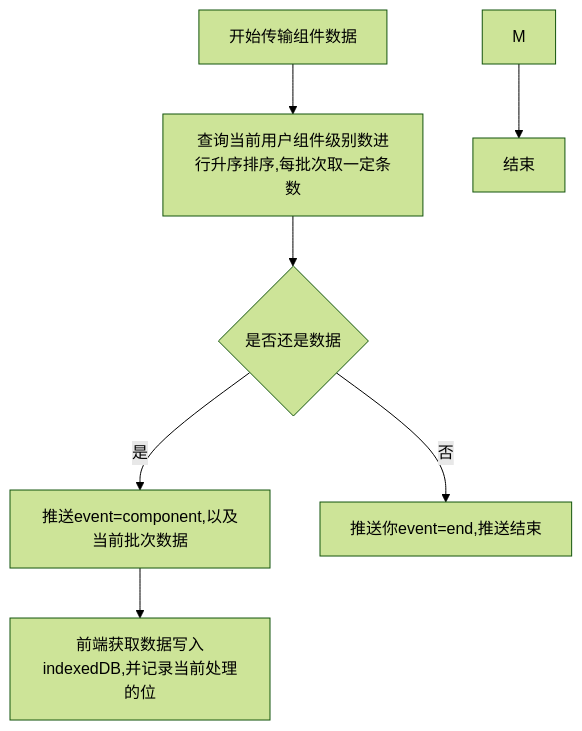
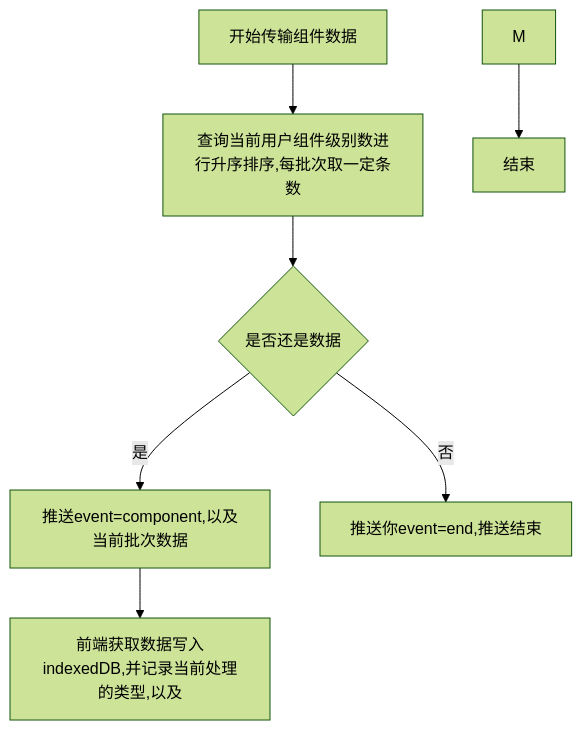
The diagram in all/未命名-59.md (yingjianzh/iodraw-files), drawn with Mermaid (forest theme) before and after one commit.

Commit message:
2025-05-14 15:26:31 update

````diff
--- a/all/未命名-59.md
+++ b/all/未命名-59.md
@@ -1,12 +1,12 @@
 ```mermaid
 flowchart TD
     A[开始传输组件数据] --> B[查询当前用户组件级别数进行升序排序,每批次取一定条数]
     B --> C{是否还是数据}
     C --> |是| D[推送event=component,以及当前批次数据]
     C --> |否| E[推送你event=end,推送结束]
 
-    D --> F[前端获取数据写入indexedDB,并记录当前处理的位]
+    D --> F[前端获取数据写入indexedDB,并记录当前处理的类型,以及]
     
    
     M --> N[结束]
 ```
````
